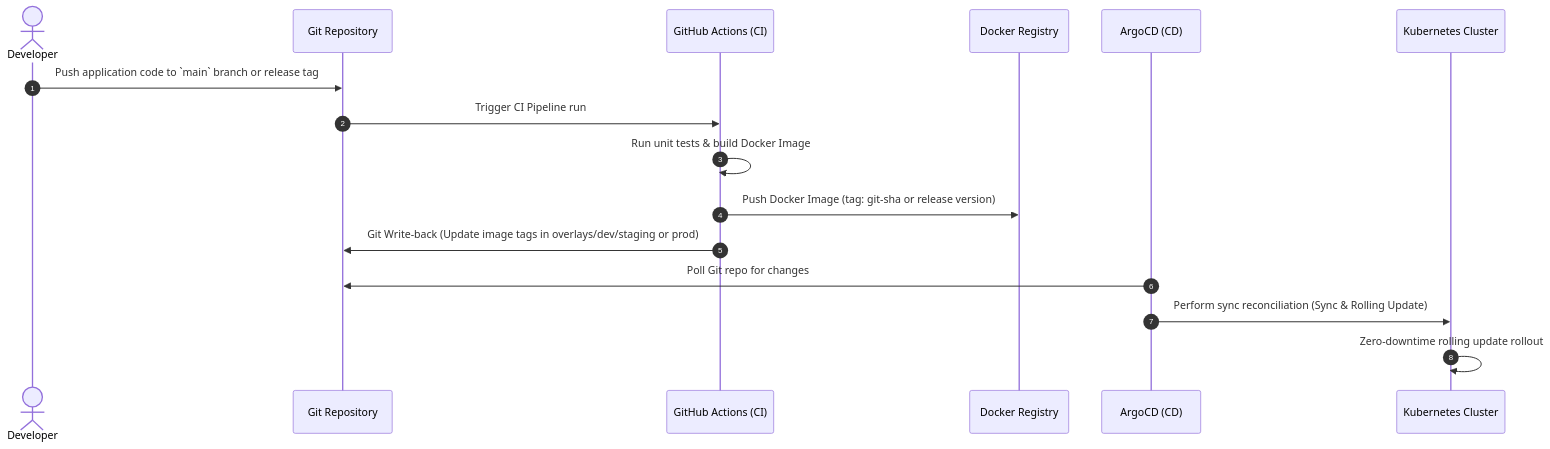
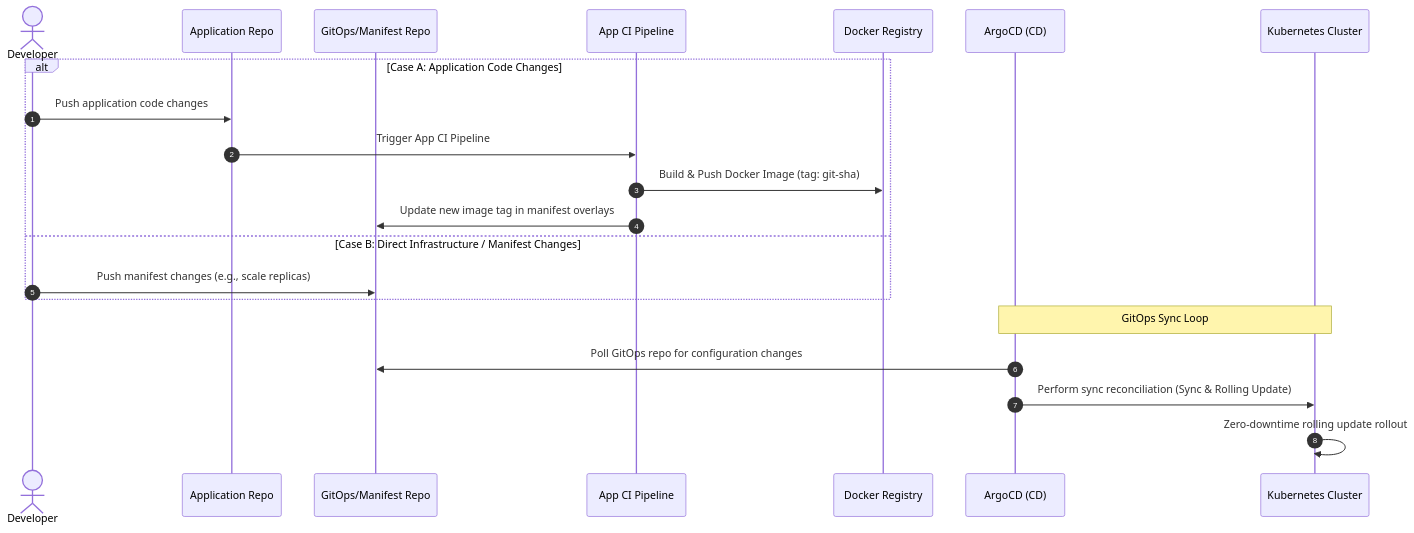
The diagram in README.md (htphong01/gitops-demo), drawn with Mermaid before and after one commit. The commit also changed other lines of this file and 17 other files, not shown here.

Commit message:
feat: add project tagging and kubeconfig configuration to infrastructure modules and environments, and update documentation.

````diff
--- a/README.md
+++ b/README.md
@@ -12,19 +12,25 @@
 ```mermaid
 sequenceDiagram
     autonumber
     actor Dev as Developer
-    participant Git as Git Repository
-    participant CI as GitHub Actions (CI)
+    participant AppRepo as Application Repo
+    participant GitOpsRepo as GitOps/Manifest Repo
+    participant AppCI as App CI Pipeline
     participant Registry as Docker Registry
     participant ArgoCD as ArgoCD (CD)
     participant K8s as Kubernetes Cluster
 
-    Dev->>Git: Push application code to `main` branch or release tag
-    Git->>CI: Trigger CI Pipeline run
-    CI->>CI: Run unit tests & build Docker Image
-    CI->>Registry: Push Docker Image (tag: git-sha or release version)
-    CI->>Git: Git Write-back (Update image tags in overlays/dev/staging or prod)
-    ArgoCD->>Git: Poll Git repo for changes
+    alt Case A: Application Code Changes
+        Dev->>AppRepo: Push application code changes
+        AppRepo->>AppCI: Trigger App CI Pipeline
+        AppCI->>Registry: Build & Push Docker Image (tag: git-sha)
+        AppCI->>GitOpsRepo: Update new image tag in manifest overlays
+    else Case B: Direct Infrastructure / Manifest Changes
+        Dev->>GitOpsRepo: Push manifest changes (e.g., scale replicas)
+    end
+
+    Note over ArgoCD, K8s: GitOps Sync Loop
+    ArgoCD->>GitOpsRepo: Poll GitOps repo for configuration changes
     ArgoCD->>K8s: Perform sync reconciliation (Sync & Rolling Update)
     K8s->>K8s: Zero-downtime rolling update rollout
 ```
````
